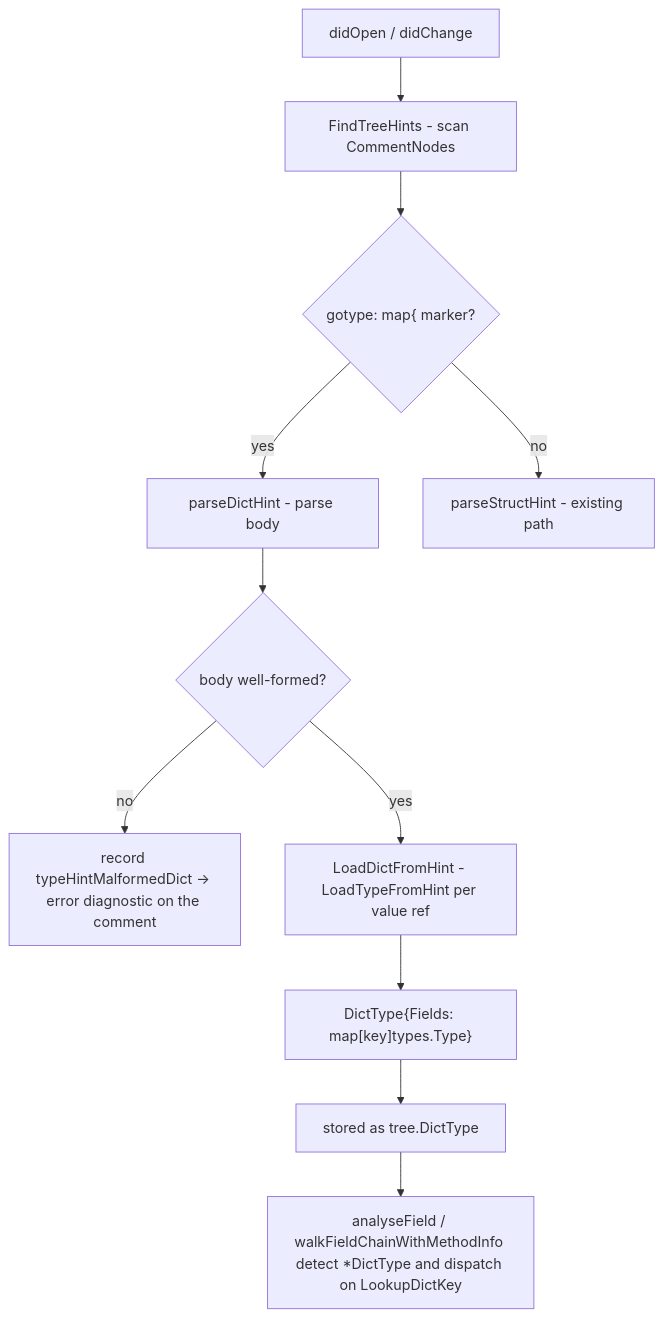
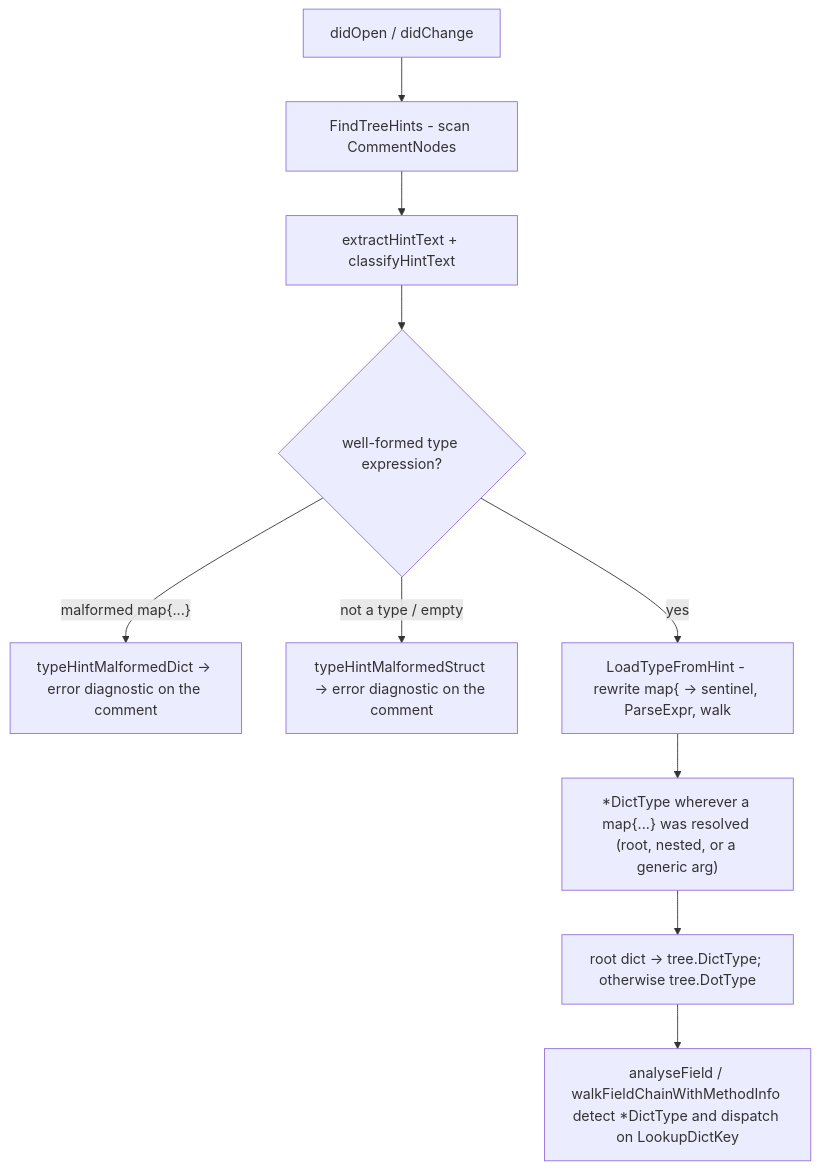
One commit to allseas/go-template-lsp changed the second of 2 diagrams in docs/features/type_hints.md. Above: the diagram before and after it, drawn with Mermaid. The commit also changed other lines of this file and 4 other files, not shown here.

First line of the commit message:
refactor(types): unify hint parsing into one pipeline; drop dict-only path

````diff
--- a/docs/features/type_hints.md
+++ b/docs/features/type_hints.md
@@ -159,13 +161,12 @@
 ```mermaid
 flowchart TD
     A["didOpen / didChange"] --> B["FindTreeHints - scan CommentNodes"]
-    B --> C{"gotype: map{ marker?"}
-    C -->|yes| D["parseDictHint - parse body"]
-    C -->|no| S["parseStructHint - existing path"]
-    D --> E{"body well-formed?"}
-    E -->|no| M["record typeHintMalformedDict → error diagnostic on the comment"]
-    E -->|yes| F["LoadDictFromHint - LoadTypeFromHint per value ref"]
-    F --> G["DictType{Fields: map[key]types.Type}"]
-    G --> H["stored as tree.DictType"]
+    B --> C["extractHintText + classifyHintText"]
+    C --> D{"well-formed type expression?"}
+    D -->|"malformed map{...}"| M["typeHintMalformedDict → error diagnostic on the comment"]
+    D -->|"not a type / empty"| S["typeHintMalformedStruct → error diagnostic on the comment"]
+    D -->|yes| L["LoadTypeFromHint - rewrite map{ → sentinel, ParseExpr, walk"]
+    L --> G["*DictType wherever a map{...} was resolved (root, nested, or a generic arg)"]
+    G --> H["root dict → tree.DictType; otherwise tree.DotType"]
     H --> I["analyseField / walkFieldChainWithMethodInfo detect *DictType and dispatch on LookupDictKey"]
 ```
````
